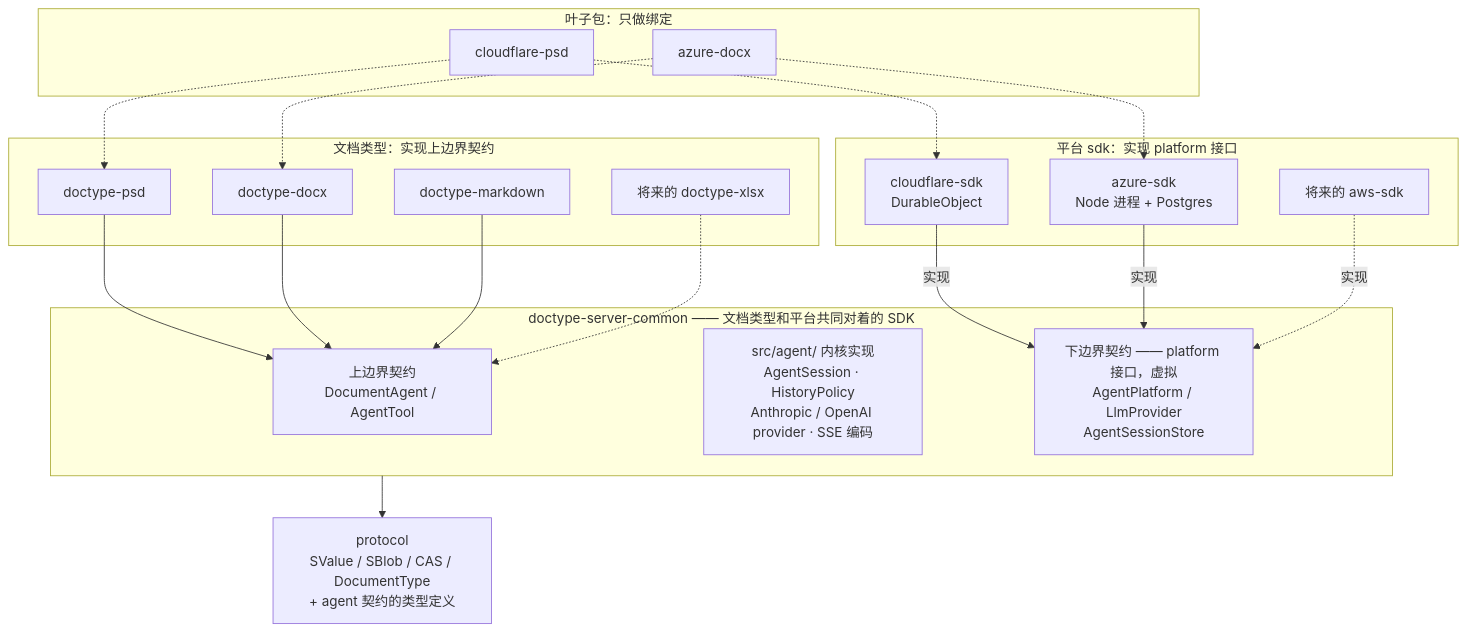
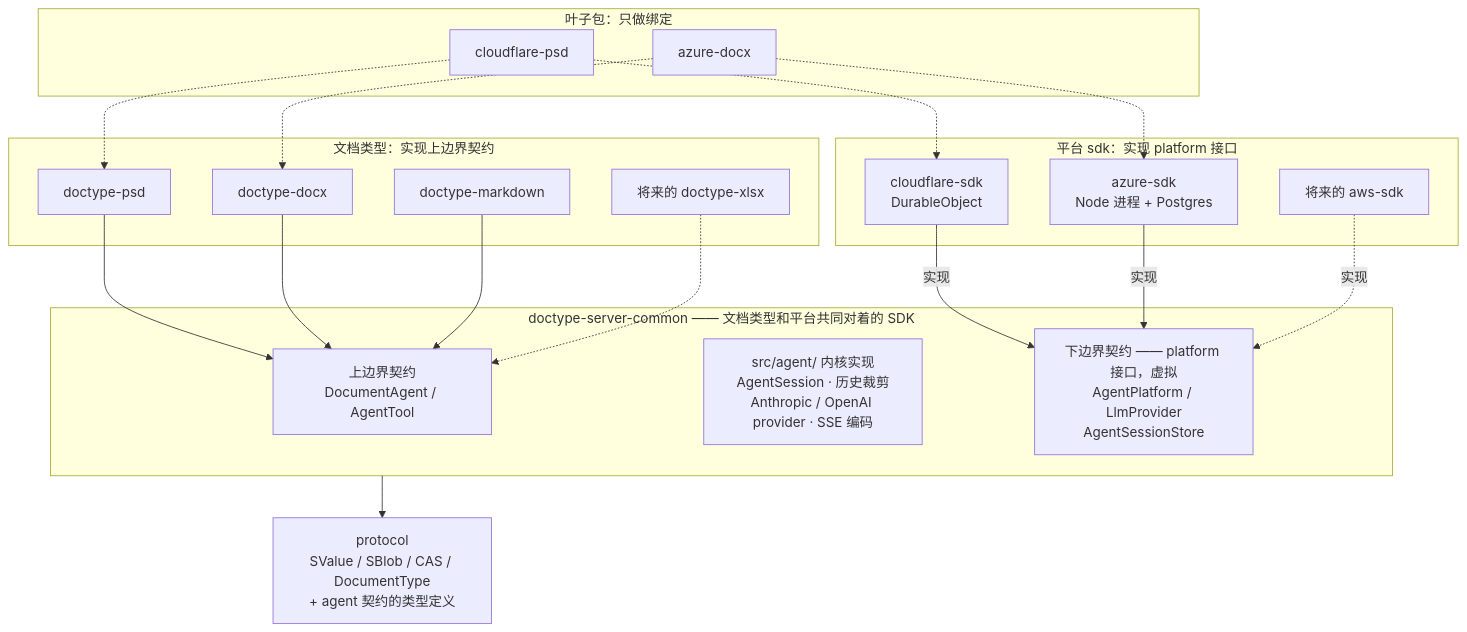
One commit to shazhou-ww/unidocs changed the fourth of 16 diagrams in docs/superpowers/specs/2026-08-26-agent-sdk-design.md. Above: the diagram before and after it, drawn with Mermaid. The commit also changed other lines of this file, not shown here.

First line of the commit message:
docs(agent-sdk): 裁剪参数写死不暴露策略接口,并说明 load 为何无条件

````diff
--- a/docs/superpowers/specs/2026-08-26-agent-sdk-design.md
+++ b/docs/superpowers/specs/2026-08-26-agent-sdk-design.md
@@ -279,44 +279,44 @@
 ```mermaid
 flowchart TB
     subgraph dt["文档类型：实现上边界契约"]
         psd["doctype-psd"]
         docx["doctype-docx"]
         md["doctype-markdown"]
         xlsx["将来的 doctype-xlsx"]
     end
 
     subgraph sdk["doctype-server-common —— 文档类型和平台共同对着的 SDK"]
         UP["上边界契约<br/>DocumentAgent / AgentTool"]
-        KERNEL["src/agent/ 内核实现<br/>AgentSession · HistoryPolicy<br/>Anthropic / OpenAI provider · SSE 编码"]
+        KERNEL["src/agent/ 内核实现<br/>AgentSession · 历史裁剪<br/>Anthropic / OpenAI provider · SSE 编码"]
         DOWN["下边界契约 —— platform 接口，虚拟<br/>AgentPlatform / LlmProvider<br/>AgentSessionStore"]
     end
 
     subgraph plat["平台 sdk：实现 platform 接口"]
         cf["cloudflare-sdk<br/>DurableObject"]
         az["azure-sdk<br/>Node 进程 + Postgres"]
         aws["将来的 aws-sdk"]
     end
 
     subgraph leaf["叶子包：只做绑定"]
         L1["cloudflare-psd"]
         L2["azure-docx"]
     end
 
     proto["protocol<br/>SValue / SBlob / CAS / DocumentType<br/>+ agent 契约的类型定义"]
 
     psd --> UP
     docx --> UP
     md --> UP
     xlsx -.-> UP
 
     cf -->|"实现"| DOWN
     az -->|"实现"| DOWN
     aws -.->|"实现"| DOWN
 
     sdk --> proto
 
     L1 -.-> psd
     L1 -.-> cf
     L2 -.-> docx
     L2 -.-> az
 ```
````
